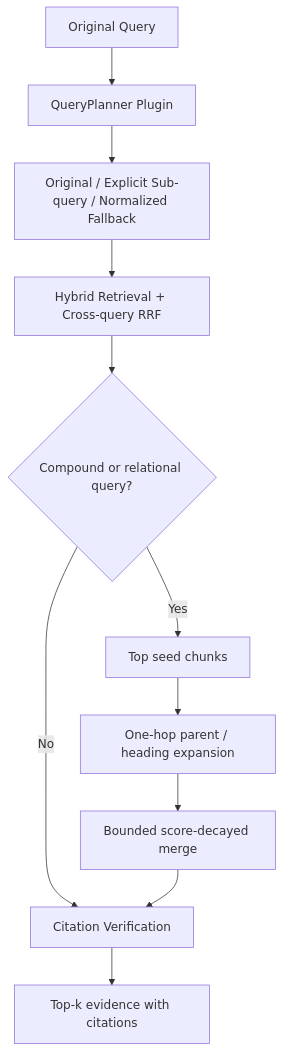
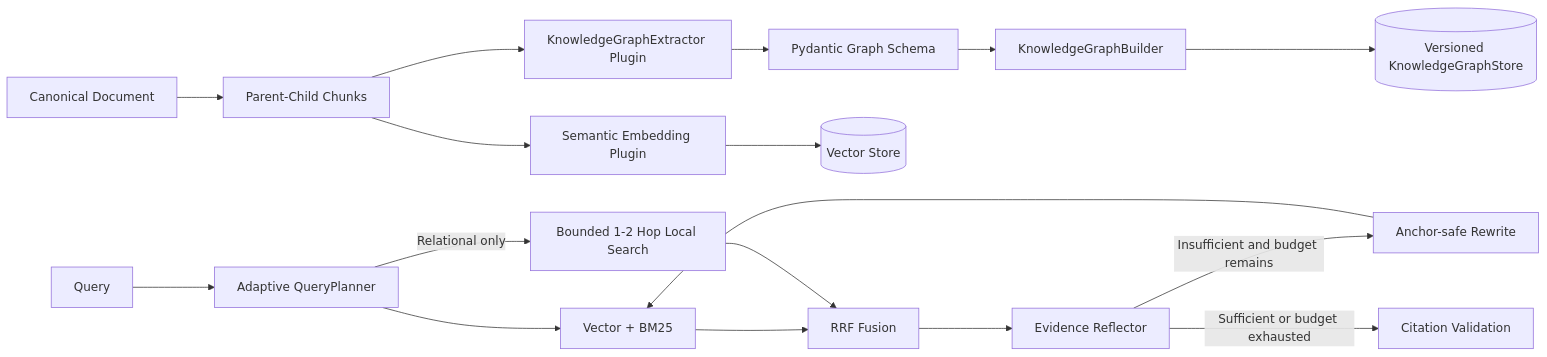
The diagram in docs/adr-014-graph-aware-retrieval.md (Cchena1/agentforge), drawn with Mermaid before and after one commit. The commit also changed other lines of this file and 21 other files, not shown here.

Commit message:
feat: add plugin-based GraphRAG pipeline

````diff
--- a/docs/adr-014-graph-aware-retrieval.md
+++ b/docs/adr-014-graph-aware-retrieval.md
@@ -53,13 +38,20 @@
 ```mermaid
-flowchart TD
-    Q[Original Query] --> P[QueryPlanner Plugin]
-    P --> O[Original / Explicit Sub-query / Normalized Fallback]
-    O --> H[Hybrid Retrieval + Cross-query RRF]
-    H --> R{Compound or relational query?}
-    R -->|No| V[Citation Verification]
-    R -->|Yes| S[Top seed chunks]
-    S --> G[One-hop parent / heading expansion]
-    G --> B[Bounded score-decayed merge]
-    B --> V
-    V --> A[Top-k evidence with citations]
+flowchart LR
+    Doc[Canonical Document] --> Chunk[Parent-Child Chunks]
+    Chunk --> Extractor[KnowledgeGraphExtractor Plugin]
+    Extractor --> Validate[Pydantic Graph Schema]
+    Validate --> Builder[KnowledgeGraphBuilder]
+    Builder --> KG[(Versioned KnowledgeGraphStore)]
+    Chunk --> Embed[Semantic Embedding Plugin]
+    Embed --> Vector[(Vector Store)]
+
+    Query[Query] --> Planner[Adaptive QueryPlanner]
+    Planner --> Hybrid[Vector + BM25]
+    Planner -->|Relational only| Graph[Bounded 1-2 Hop Local Search]
+    Hybrid --> Fuse[RRF Fusion]
+    Graph --> Fuse
+    Fuse --> Reflect[Evidence Reflector]
+    Reflect -->|Insufficient and budget remains| Rewrite[Anchor-safe Rewrite]
+    Rewrite --> Hybrid
+    Reflect -->|Sufficient or budget exhausted| Citation[Citation Validation]
 ```
````
